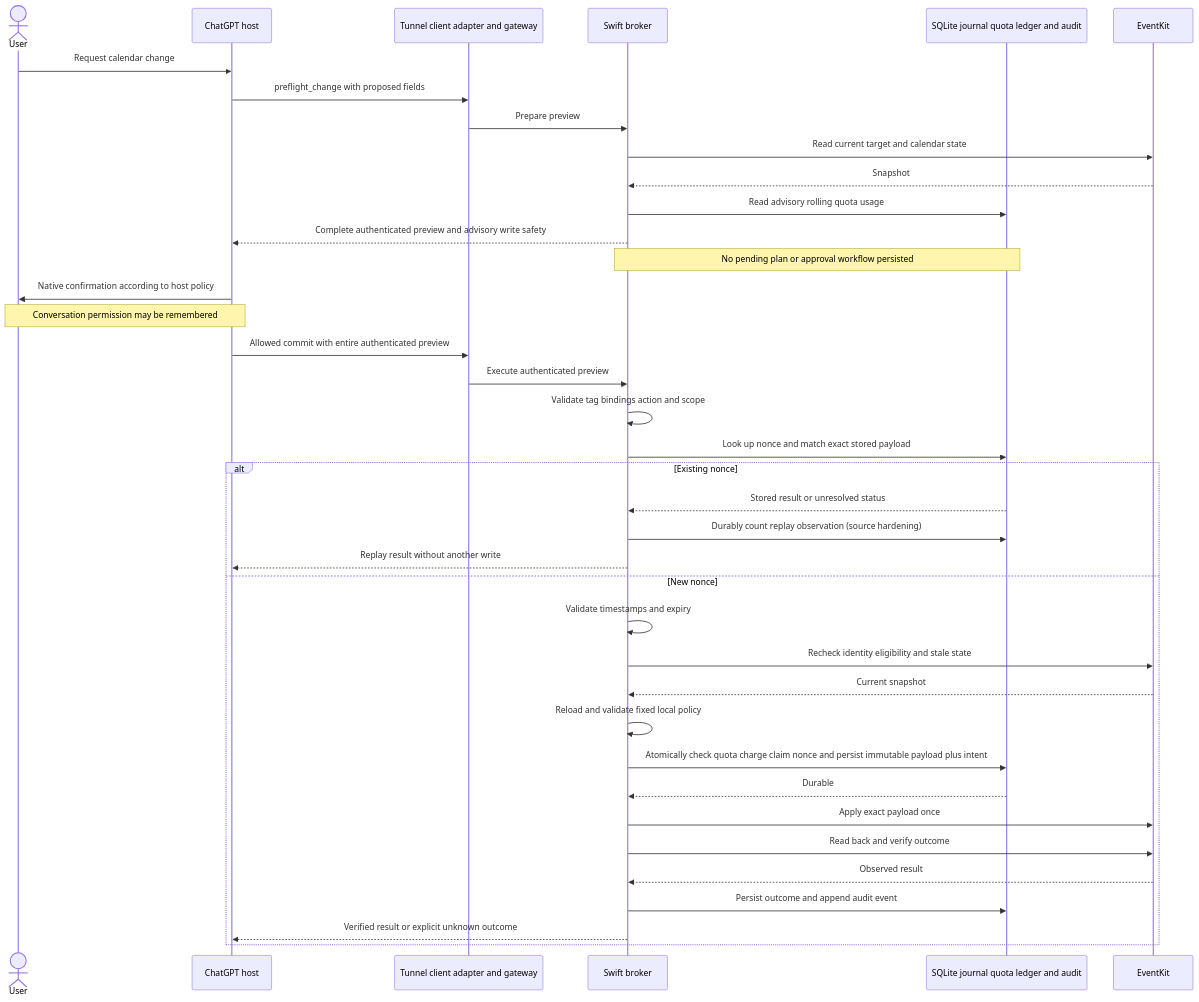
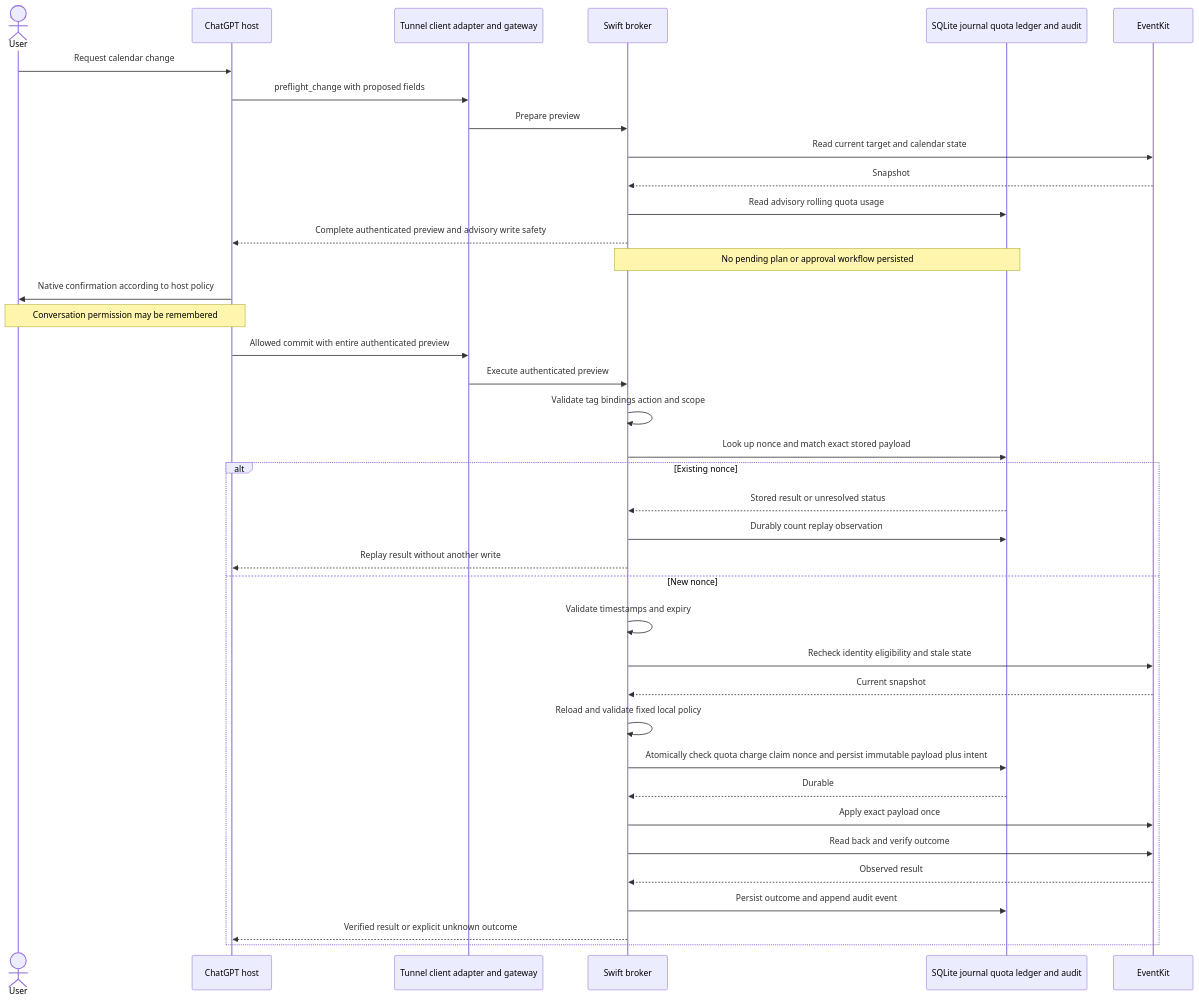
One commit to rmilkowski/icloud-calendar-mcp changed the third of 4 diagrams in docs/architecture.md. Above: the diagram before and after it, drawn with Mermaid. The commit also changed other lines of this file and 21 other files, not shown here.

````diff
--- a/docs/architecture.md
+++ b/docs/architecture.md
@@ -261,40 +315,40 @@
 ```mermaid
 sequenceDiagram
     actor User
     participant Host as ChatGPT host
     participant MCP as Tunnel client adapter and gateway
     participant Broker as Swift broker
     participant DB as SQLite journal quota ledger and audit
     participant EK as EventKit
     User->>Host: Request calendar change
     Host->>MCP: preflight_change with proposed fields
     MCP->>Broker: Prepare preview
     Broker->>EK: Read current target and calendar state
     EK-->>Broker: Snapshot
     Broker->>DB: Read advisory rolling quota usage
     Broker-->>Host: Complete authenticated preview and advisory write safety
     Note over Broker,DB: No pending plan or approval workflow persisted
     Host->>User: Native confirmation according to host policy
     Note over User,Host: Conversation permission may be remembered
     Host->>MCP: Allowed commit with entire authenticated preview
     MCP->>Broker: Execute authenticated preview
     Broker->>Broker: Validate tag bindings action and scope
     Broker->>DB: Look up nonce and match exact stored payload
     alt Existing nonce
         DB-->>Broker: Stored result or unresolved status
-        Broker->>DB: Durably count replay observation (source hardening)
+        Broker->>DB: Durably count replay observation
         Broker-->>Host: Replay result without another write
     else New nonce
     Broker->>Broker: Validate timestamps and expiry
     Broker->>EK: Recheck identity eligibility and stale state
     EK-->>Broker: Current snapshot
     Broker->>Broker: Reload and validate fixed local policy
     Broker->>DB: Atomically check quota charge claim nonce and persist immutable payload plus intent
     DB-->>Broker: Durable
     Broker->>EK: Apply exact payload once
     Broker->>EK: Read back and verify outcome
     EK-->>Broker: Observed result
     Broker->>DB: Persist outcome and append audit event
     Broker-->>Host: Verified result or explicit unknown outcome
     end
 ```
````
